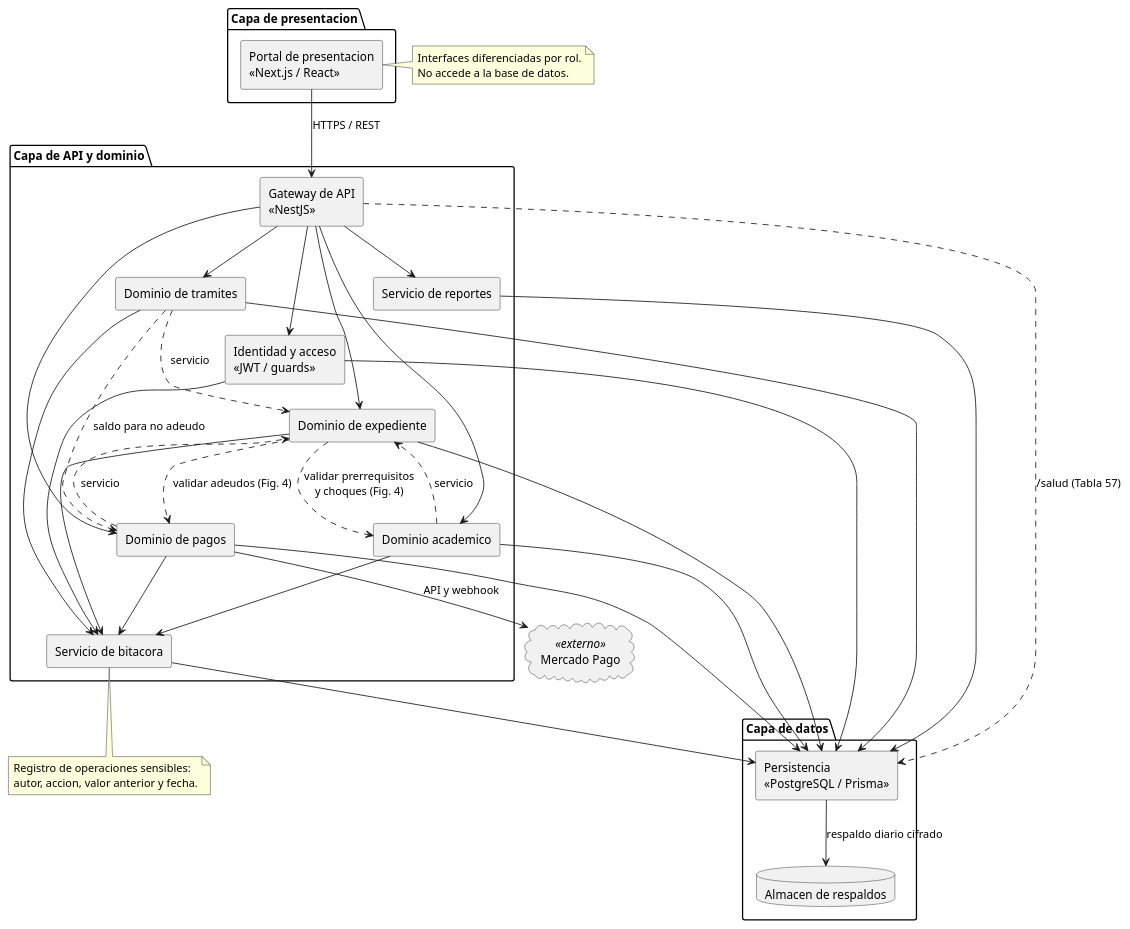
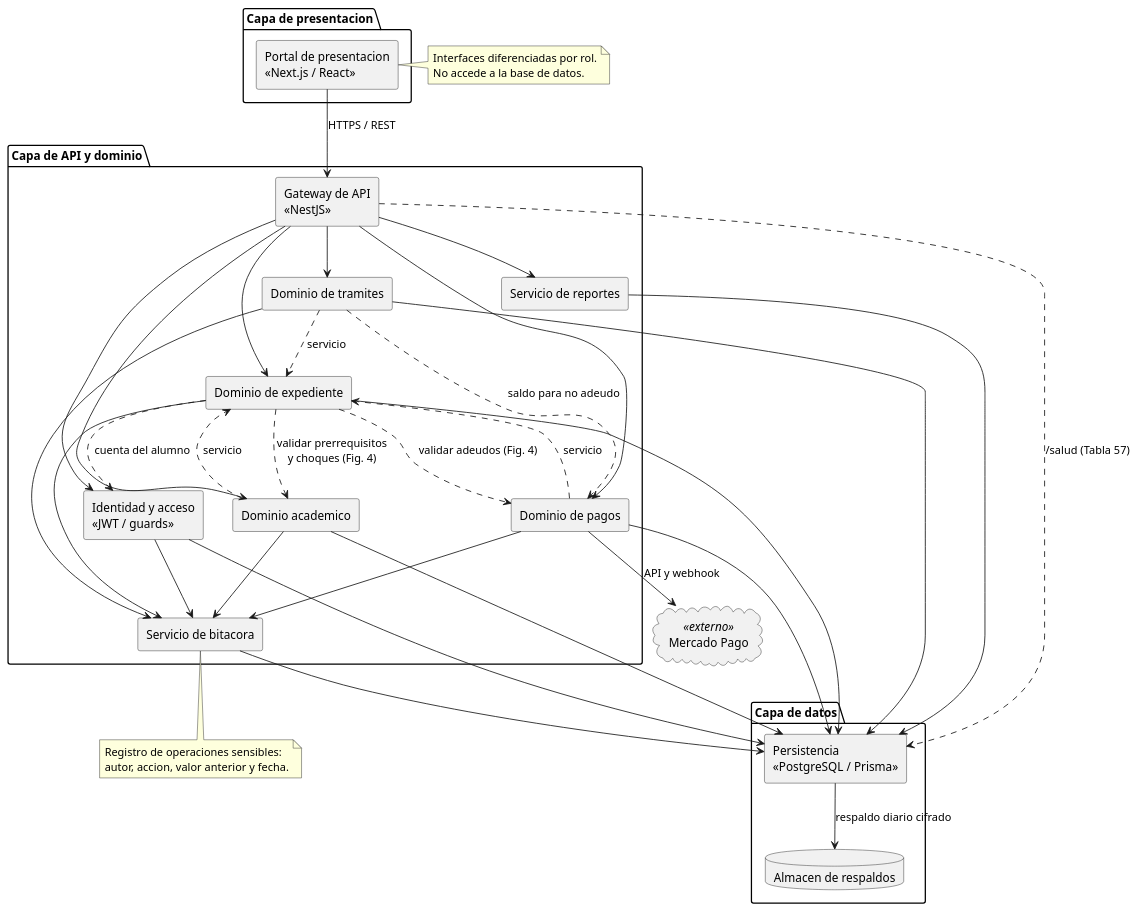
The diagram in docs/arquitectura/fig02-componentes.puml (fjmp-dev/sce-control-escolar), drawn with PlantUML before and after one commit. The commit also changed 14 other files, not shown here.

```diff
--- a/docs/arquitectura/fig02-componentes.puml
+++ b/docs/arquitectura/fig02-componentes.puml
@@ -1,76 +1,77 @@
 @startuml fig02-componentes
 ' Figura 2. Diagrama de componentes UML: arquitectura logica del SCE.
 ' Fuente: SCE-MC-001 v2.0, seccion 13.2 y Tabla 28.
 ' Regla de diseno: la presentacion nunca accede a la base de datos y los
 ' dominios se comunican a traves de servicios, no de tablas compartidas.
 skinparam shadowing false
 skinparam componentStyle rectangle
 
 package "Capa de presentacion" {
   [Portal de presentacion\n<<Next.js / React>>] as PORTAL
 }
 
 package "Capa de API y dominio" {
   [Gateway de API\n<<NestJS>>] as GW
   [Identidad y acceso\n<<JWT / guards>>] as IAM
   [Dominio de expediente] as DEXP
   [Dominio academico] as DACA
   [Dominio de pagos] as DPAG
   [Dominio de tramites] as DTRA
   [Servicio de bitacora] as SBIT
   [Servicio de reportes] as SREP
 }
 
 package "Capa de datos" {
   [Persistencia\n<<PostgreSQL / Prisma>>] as PERS
   database "Almacen de respaldos" as BKP
 }
 
 cloud "Mercado Pago" as MP <<externo>>
 
 PORTAL --> GW : HTTPS / REST
 GW --> IAM
 GW --> DEXP
 GW --> DACA
 GW --> DPAG
 GW --> DTRA
 GW --> SREP
 
 DEXP --> SBIT
 DACA --> SBIT
 DPAG --> SBIT
 DTRA --> SBIT
 
 DEXP --> PERS
 DACA --> PERS
 DPAG --> PERS
 DTRA --> PERS
 SBIT --> PERS
 SREP --> PERS
 IAM --> PERS
 
 DPAG --> MP : API y webhook
 PERS --> BKP : respaldo diario cifrado
 
 DACA ..> DEXP : servicio
 DPAG ..> DEXP : servicio
 DTRA ..> DEXP : servicio
 
 ' CC-014: dependencias que ya exigen otras figuras y requisitos.
 DEXP ..> DACA : validar prerrequisitos\ny choques (Fig. 4)
 DEXP ..> DPAG : validar adeudos (Fig. 4)
 DTRA ..> DPAG : saldo para no adeudo
 IAM --> SBIT
 GW ..> PERS : /salud (Tabla 57)
+DEXP ..> IAM : cuenta del alumno
 
 note right of PORTAL
   Interfaces diferenciadas por rol.
   No accede a la base de datos.
 end note
 
 note bottom of SBIT
   Registro de operaciones sensibles:
   autor, accion, valor anterior y fecha.
 end note
 
 @enduml
```
